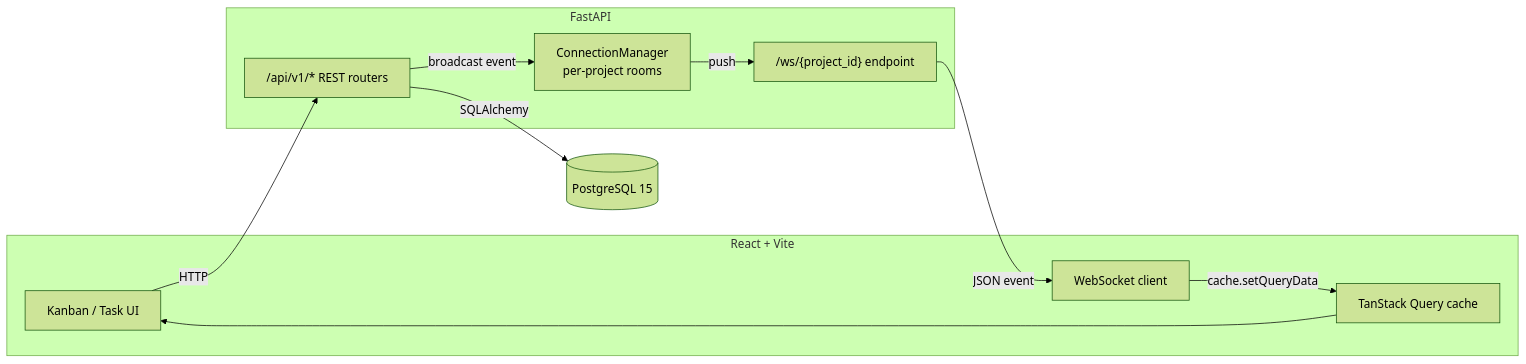
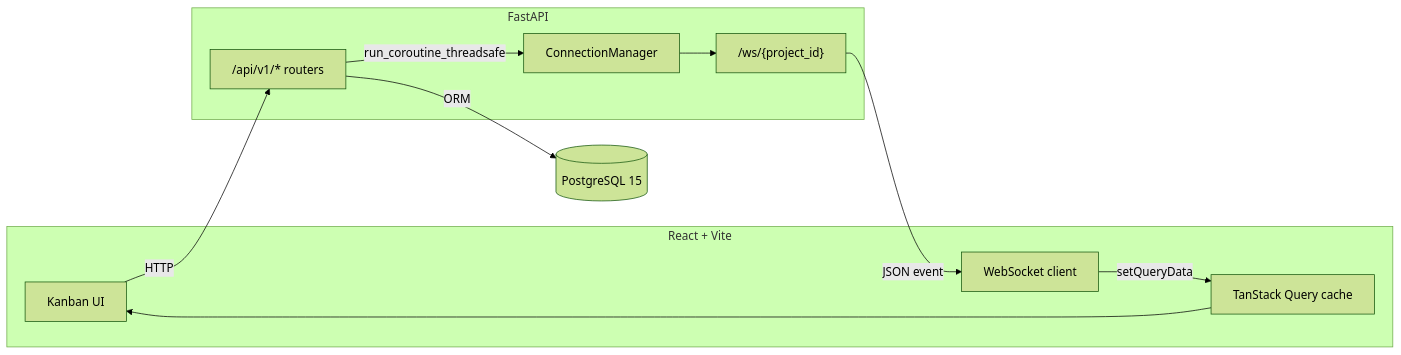
The first of 2 diagrams in README.md (Aniket-BPHC/taskflow), drawn with Mermaid (forest theme) before and after one commit. The commit also changed other lines of this file, not shown here.

Commit message:
Docs: rewrite README with live URLs and architecture detail

````diff
--- a/README.md
+++ b/README.md
@@ -37,24 +30,24 @@
 ```mermaid
 graph LR
     subgraph Client["React + Vite"]
-        UI[Kanban / Task UI]
-        RQ[TanStack Query cache]
-        WS_C[WebSocket client]
+        UI[Kanban UI]
+        Cache[TanStack Query cache]
+        WS[WebSocket client]
     end
 
     subgraph API["FastAPI"]
-        REST["/api/v1/* REST routers"]
-        WS_S["/ws/{project_id} endpoint"]
-        CM[ConnectionManager<br/>per-project rooms]
+        REST["/api/v1/* routers"]
+        WSEndpoint["/ws/{project_id}"]
+        CM[ConnectionManager]
     end
 
     DB[(PostgreSQL 15)]
 
     UI -->|HTTP| REST
-    REST -->|SQLAlchemy| DB
-    REST -->|broadcast event| CM
-    CM -->|push| WS_S
-    WS_S -->|JSON event| WS_C
-    WS_C -->|cache.setQueryData| RQ
-    RQ --> UI
+    REST -->|ORM| DB
+    REST -->|run_coroutine_threadsafe| CM
+    CM --> WSEndpoint
+    WSEndpoint -->|JSON event| WS
+    WS -->|setQueryData| Cache
+    Cache --> UI
 ```
````
